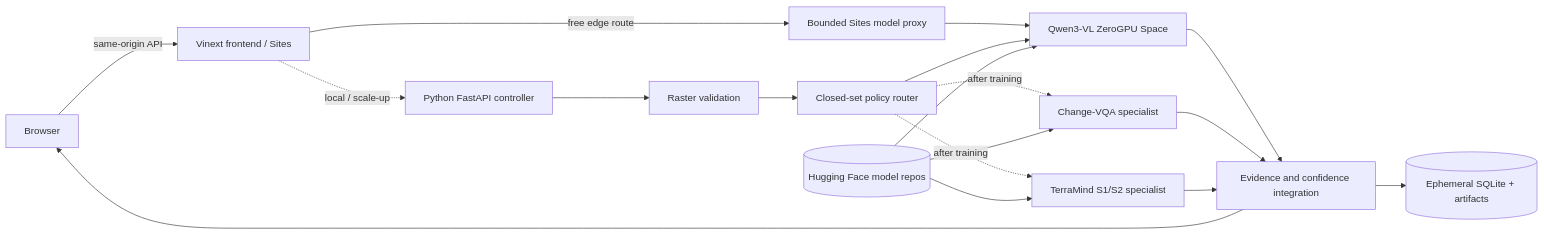
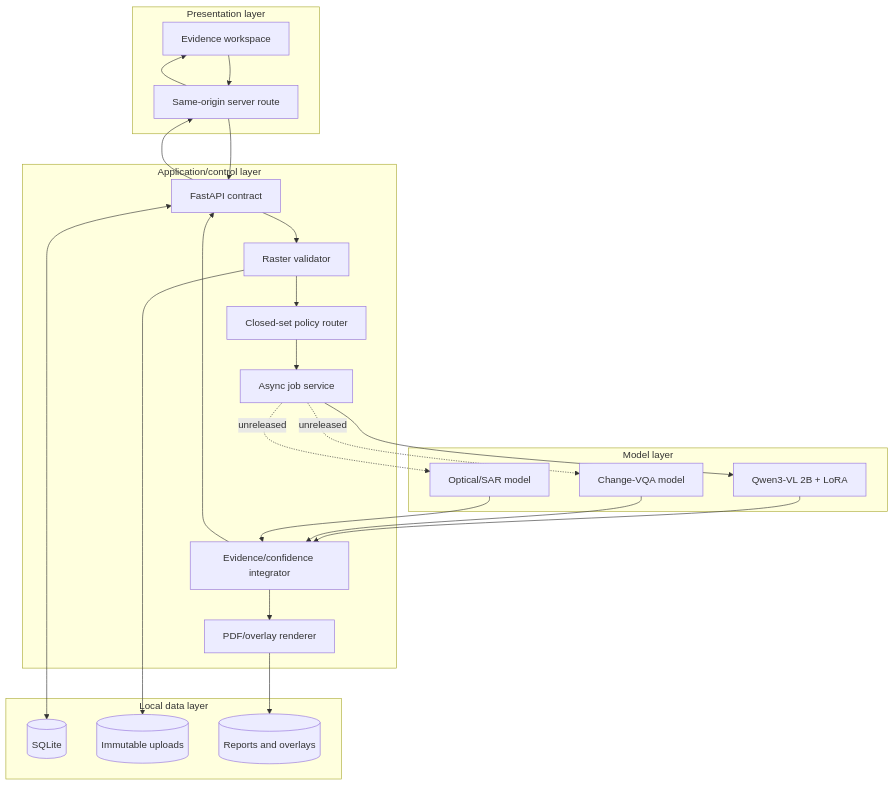
One commit to aanandmodi/StatqueryAI changed the first of 3 diagrams in docs/ARCHITECTURE.md. Above: the diagram before and after it, drawn with Mermaid. The commit also changed other lines of this file and 66 other files, not shown here.

````diff
--- a/docs/ARCHITECTURE.md
+++ b/docs/ARCHITECTURE.md
@@ -8,20 +9,38 @@
 ```mermaid
-flowchart LR
-    U[Browser] -->|same-origin API| F[Vinext frontend / Sites]
-    F -->|free edge route| E[Bounded Sites model proxy]
-    E --> Q[Qwen3-VL ZeroGPU Space]
-    F -. local / scale-up .-> B[Python FastAPI controller]
-    B --> V[Raster validation]
-    V --> R[Closed-set policy router]
-    R --> Q
-    R -. after training .-> C[Change-VQA specialist]
-    R -. after training .-> T[TerraMind S1/S2 specialist]
-    Q --> I[Evidence and confidence integration]
-    C --> I
-    T --> I
-    I --> S[(Ephemeral SQLite + artifacts)]
-    I --> U
-    H[(Hugging Face model repos)] --> Q
-    H --> C
-    H --> T
+flowchart TB
+    subgraph Client[Presentation layer]
+        UI[Evidence workspace]
+        Proxy[Same-origin server route]
+    end
+    subgraph Control[Application/control layer]
+        API[FastAPI contract]
+        Validator[Raster validator]
+        Planner[Closed-set policy router]
+        Jobs[Async job service]
+        Integrator[Evidence/confidence integrator]
+        Reports[PDF/overlay renderer]
+    end
+    subgraph Data[Local data layer]
+        SQLite[(SQLite)]
+        Uploads[(Immutable uploads)]
+        Artifacts[(Reports and overlays)]
+    end
+    subgraph Specialists[Model layer]
+        Qwen[Qwen3-VL 2B + LoRA]
+        Change[Change-VQA model]
+        Fusion[Optical/SAR model]
+    end
+    UI --> Proxy --> API
+    API --> Validator --> Planner --> Jobs
+    Jobs --> Qwen
+    Jobs -. unreleased .-> Change
+    Jobs -. unreleased .-> Fusion
+    Qwen --> Integrator
+    Change --> Integrator
+    Fusion --> Integrator
+    Integrator --> Reports
+    API <--> SQLite
+    Validator --> Uploads
+    Reports --> Artifacts
+    Integrator --> API --> Proxy --> UI
 ```
````
